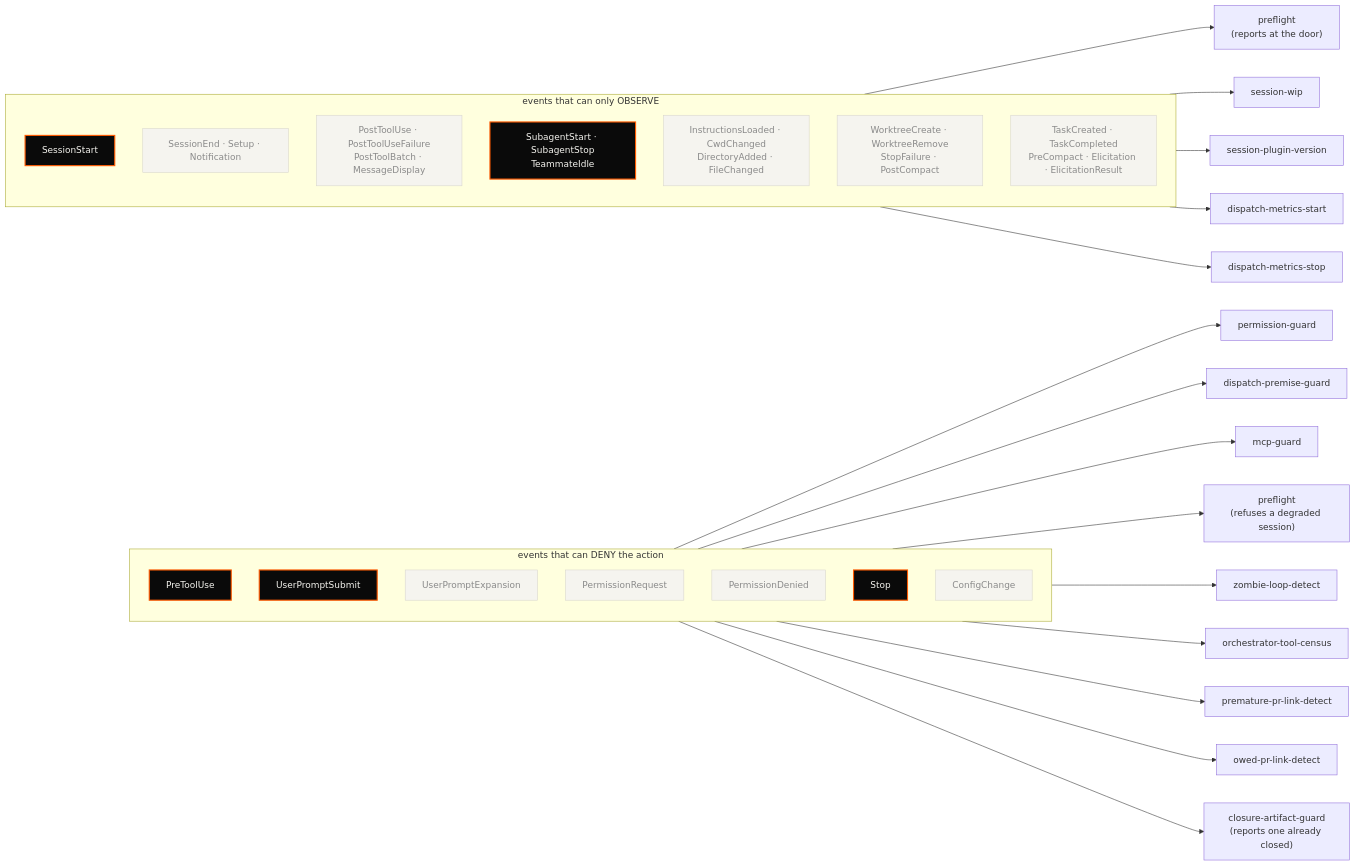
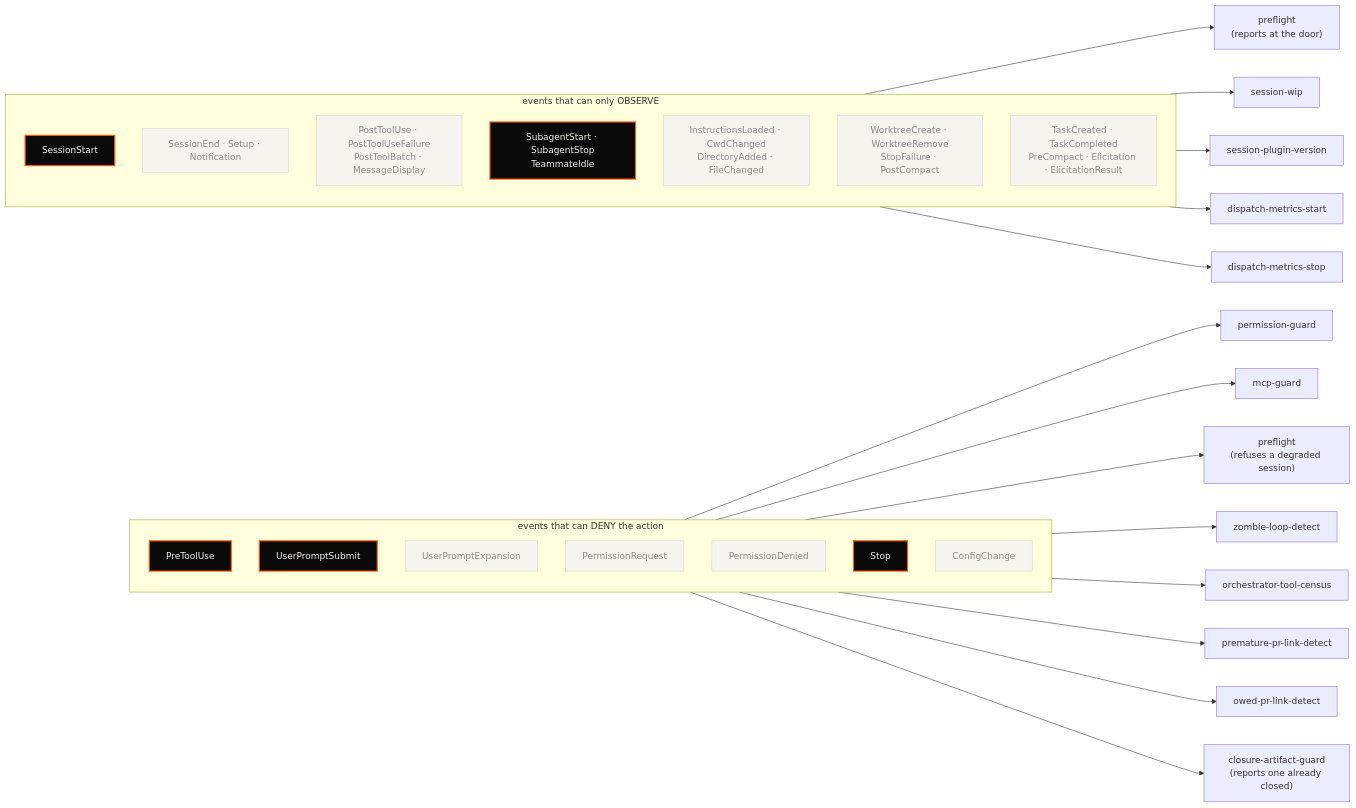
Before and after one commit to tedeuxx/tadeumendonca-skills: the fourth of 5 diagrams in README.md, drawn with Mermaid. The commit also changed other lines of this file and 9 other files, not shown here.

````diff
--- a/README.md
+++ b/README.md
@@ -1340,59 +1340,57 @@
 ```mermaid
 flowchart LR
   classDef used fill:#0A0A0A,color:#F5F4EF,stroke:#FF5A00,stroke-width:2px
   classDef idle fill:#F5F4EF,color:#8A8A8A,stroke:#D8D6CE
 
   subgraph BLOCK["events that can DENY the action"]
     direction TB
     E1["PreToolUse"]
     E2["UserPromptSubmit"]
     E3["UserPromptExpansion"]:::idle
     E4["PermissionRequest"]:::idle
     E5["PermissionDenied"]:::idle
     E6["Stop"]
     E7["ConfigChange"]:::idle
   end
 
   subgraph OBS["events that can only OBSERVE"]
     direction TB
     O1["SessionStart"]
     O2["SessionEnd · Setup · Notification"]:::idle
     O3["PostToolUse · PostToolUseFailure<br/>PostToolBatch · MessageDisplay"]:::idle
     O4["SubagentStart · SubagentStop<br/>TeammateIdle"]:::idle
     O5["InstructionsLoaded · CwdChanged<br/>DirectoryAdded · FileChanged"]:::idle
     O6["WorktreeCreate · WorktreeRemove<br/>StopFailure · PostCompact"]:::idle
     O7["TaskCreated · TaskCompleted<br/>PreCompact · Elicitation · ElicitationResult"]:::idle
   end
 
   H1["permission-guard"]
   H3["session-wip"]
   H4["session-plugin-version"]
   H5["dispatch-metrics-start"]
   H6["dispatch-metrics-stop"]
   H7["zombie-loop-detect"]
   H9["orchestrator-tool-census"]
   H10["premature-pr-link-detect"]
   H17["owed-pr-link-detect"]
-  H11["dispatch-premise-guard"]
   H13["closure-artifact-guard<br/>(reports one already closed)"]
   H14["preflight<br/>(refuses a degraded session)"]
   H15["preflight<br/>(reports at the door)"]
   H16["mcp-guard"]
 
   E1 --> H1
-  E1 --> H11
   E1 --> H16
   E2 --> H14
   O1 --> H15
   O1 --> H3
   O1 --> H4
   O4 --> H5
   O4 --> H6
   E6 --> H7
   E6 --> H9
   E6 --> H10
   E6 --> H17
   E6 --> H13
 
   class E1,E2,O1,O4,E6 used
 ```
````
